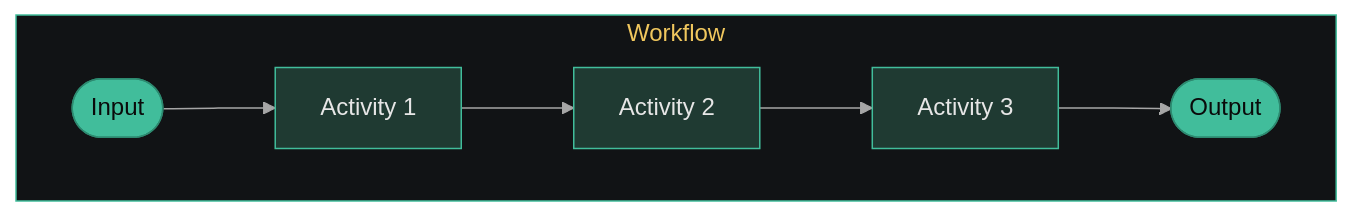
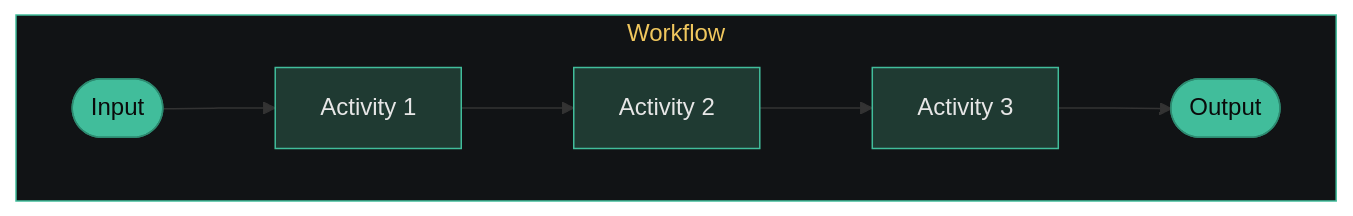
The diagram in .demo/slides/04-dapr-workflow/04-04-dapr-workflow-explanation.md (diagrid-labs/dapr-reliable-agentic-systems), drawn with Mermaid before and after one commit. The commit also changed 15 other files, not shown here.

````diff
--- a/.demo/slides/04-dapr-workflow/04-04-dapr-workflow-explanation.md
+++ b/.demo/slides/04-dapr-workflow/04-04-dapr-workflow-explanation.md
@@ -12,14 +12,17 @@
 ```mermaid
-%%{init: {"theme":"base","themeVariables":{"background":"#0a0a0a","primaryColor":"#1f3a32","primaryTextColor":"#e6e6e6","primaryBorderColor":"#41BD9B","lineColor":"#A6A6A6","secondaryColor":"#111315","tertiaryColor":"#111315","clusterBkg":"#111315","clusterBorder":"#41BD9B","titleColor":"#F0C75E","edgeLabelBackground":"#0a0a0a","noteBkgColor":"#111315","noteTextColor":"#e6e6e6","noteBorderColor":"#41BD9B","actorBkg":"#1f3a32","actorBorder":"#41BD9B","actorTextColor":"#e6e6e6","actorLineColor":"#A6A6A6","signalColor":"#A6A6A6","signalTextColor":"#e6e6e6","labelBoxBkgColor":"#0a0a0a","labelBoxBorderColor":"#41BD9B","labelTextColor":"#e6e6e6","loopTextColor":"#e6e6e6","altSectionBkgColor":"#111315","sectionBkgColor":"#111315","fontFamily":"Geist,sans-serif"}}}%%
 graph LR
     subgraph Workflow
     direction LR
     Start([Input]) --> A1[Activity 1]
     A1 --> A2[Activity 2]
     A2 --> A3[Activity 3]
     A3 --> End([Output])
     end
     
     style Start fill:#41BD9B,stroke:#2d8a70,color:#0a0a0a
     style End fill:#41BD9B,stroke:#2d8a70,color:#0a0a0a
+    style A1 fill:#1f3a32,stroke:#41BD9B,color:#e6e6e6
+    style A2 fill:#1f3a32,stroke:#41BD9B,color:#e6e6e6
+    style A3 fill:#1f3a32,stroke:#41BD9B,color:#e6e6e6
+    style Workflow fill:#111315,stroke:#41BD9B,color:#F0C75E
 ```
````
